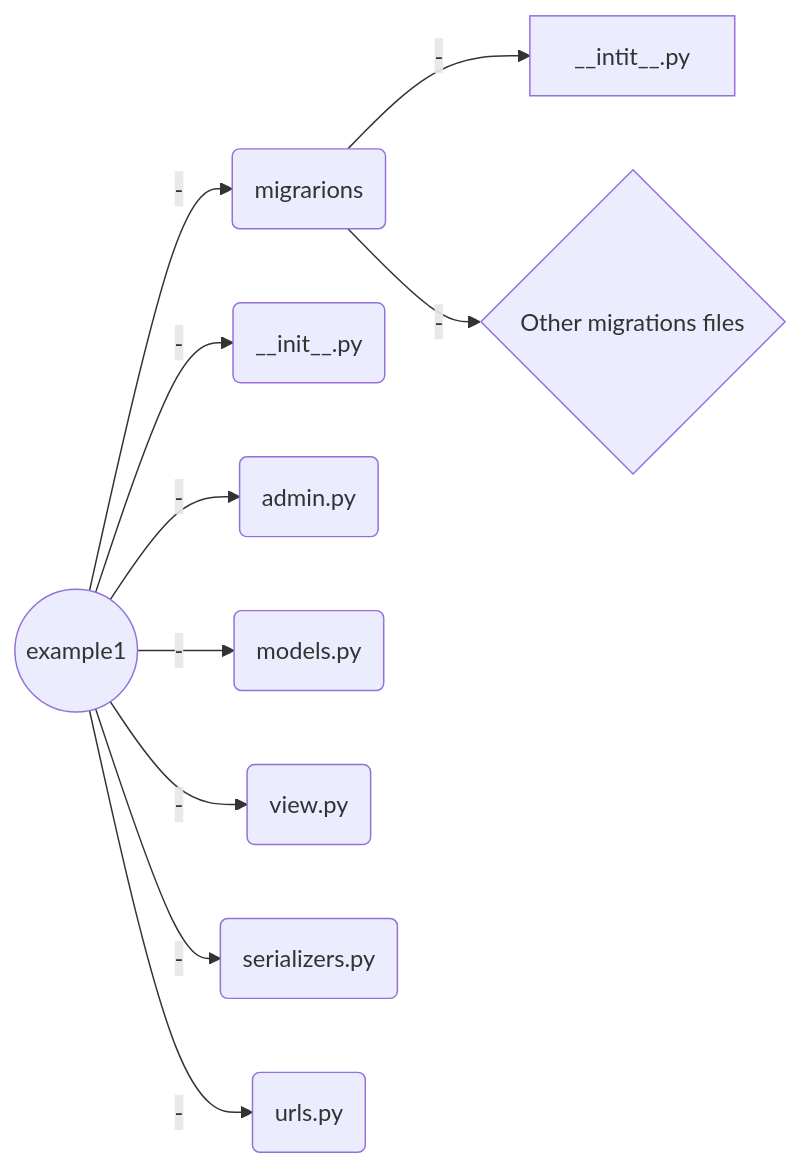
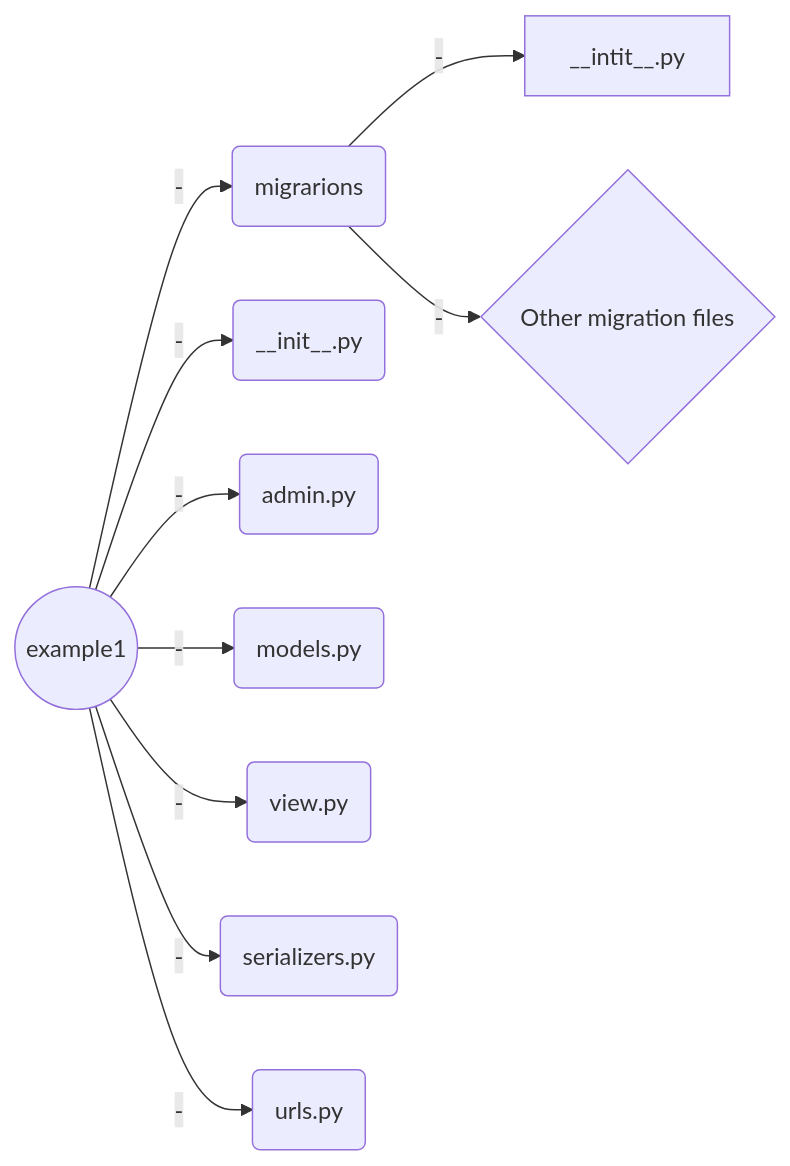
One commit to LooDaHu/ARORA_General_-Introduction changed the first of 3 diagrams in Welcome file.md. Above: the diagram before and after it, drawn with Mermaid. The commit also changed other lines of this file, not shown here.

````diff
--- a/Welcome file.md
+++ b/Welcome file.md
@@ -45,12 +45,12 @@
 ```mermaid
 graph LR
 A((example1)) -- - --> B(migrarions) 
 B(migrarions) -- - --> C[__intit__.py]
-B(migrarions) -- - --> D{Other migrations files}
+B(migrarions) -- - --> D{Other migration files}
 A((example1)) -- - --> E(__init__.py) 
 A((example1)) -- - --> F(admin.py) 
 A((example1)) -- - --> G(models.py) 
 A((example1)) -- - --> H(view.py)
 A((example1)) -- - --> I(serializers.py)
 A((example1)) -- - --> J(urls.py)
 ```
````
